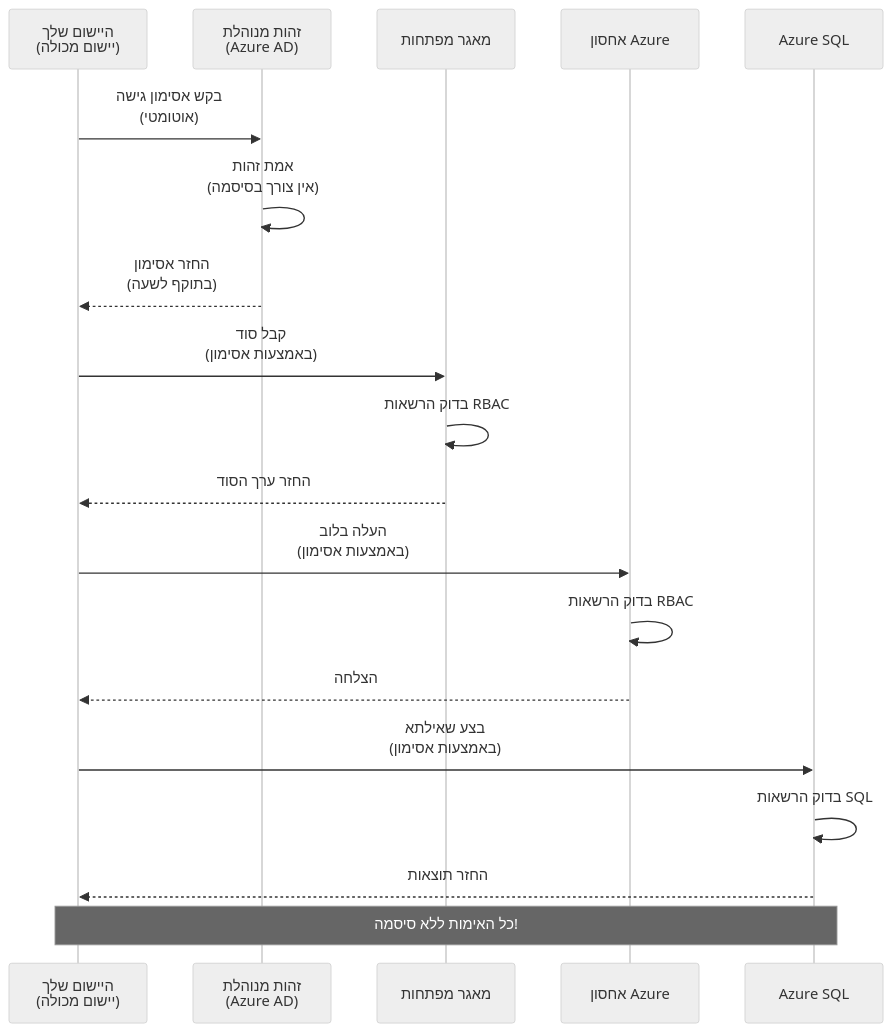
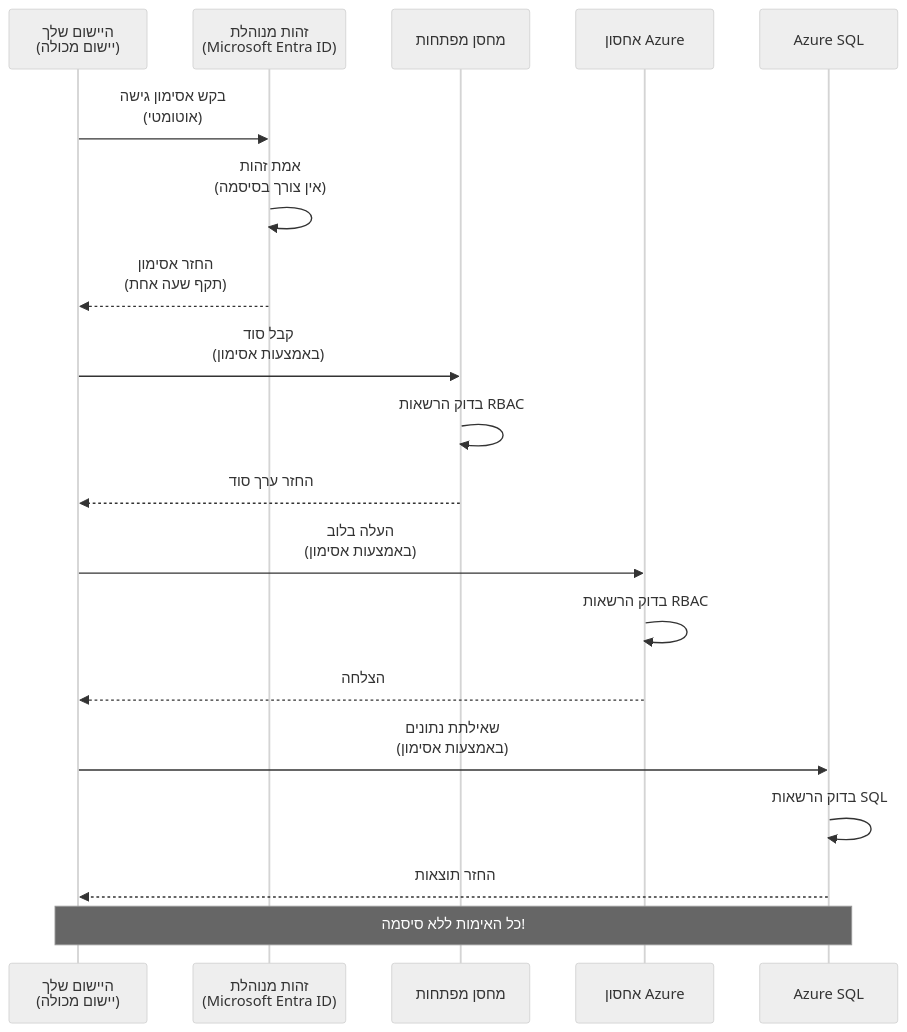
Before and after one commit to microsoft/AZD-for-beginners: the first of 2 diagrams in translations/he/docs/chapter-03-configuration/authsecurity.md, drawn with Mermaid (neutral theme). The commit also changed other lines of this file and 104 other files, not shown here.

````diff
--- a/translations/he/docs/chapter-03-configuration/authsecurity.md
+++ b/translations/he/docs/chapter-03-configuration/authsecurity.md
@@ -69,26 +69,26 @@
 ```mermaid
 sequenceDiagram
     participant App as היישום שלך<br/>(יישום מכולה)
-    participant MI as זהות מנוהלת<br/>(Azure AD)
-    participant KV as מאגר מפתחות
+    participant MI as זהות מנוהלת<br/>(Microsoft Entra ID)
+    participant KV as מחסן מפתחות
     participant Storage as אחסון Azure
     participant DB as Azure SQL
     
     App->>MI: בקש אסימון גישה<br/>(אוטומטי)
     MI->>MI: אמת זהות<br/>(אין צורך בסיסמה)
-    MI-->>App: החזר אסימון<br/>(בתוקף לשעה)
+    MI-->>App: החזר אסימון<br/>(תקף שעה אחת)
     
     App->>KV: קבל סוד<br/>(באמצעות אסימון)
     KV->>KV: בדוק הרשאות RBAC
-    KV-->>App: החזר ערך הסוד
+    KV-->>App: החזר ערך סוד
     
     App->>Storage: העלה בלוב<br/>(באמצעות אסימון)
     Storage->>Storage: בדוק הרשאות RBAC
     Storage-->>App: הצלחה
     
-    App->>DB: בצע שאילתא<br/>(באמצעות אסימון)
+    App->>DB: שאילתת נתונים<br/>(באמצעות אסימון)
     DB->>DB: בדוק הרשאות SQL
     DB-->>App: החזר תוצאות
     
     Note over App,DB: כל האימות ללא סיסמה!
 ```
````
